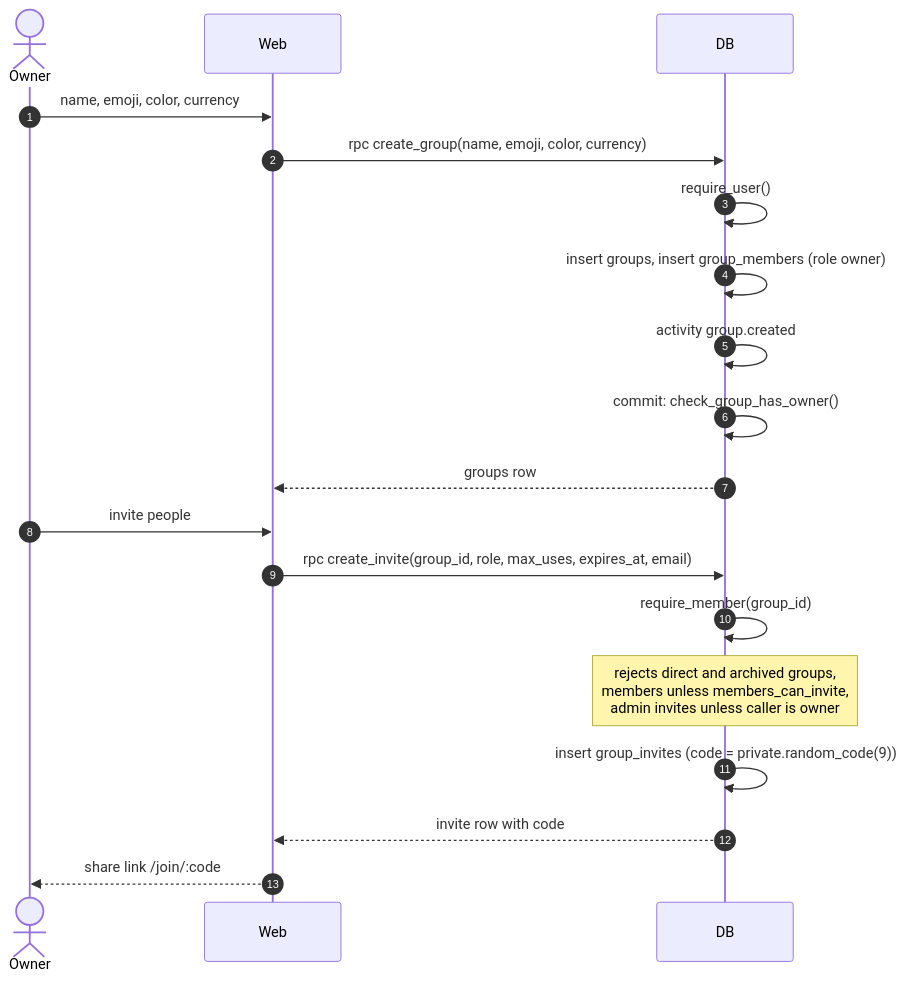
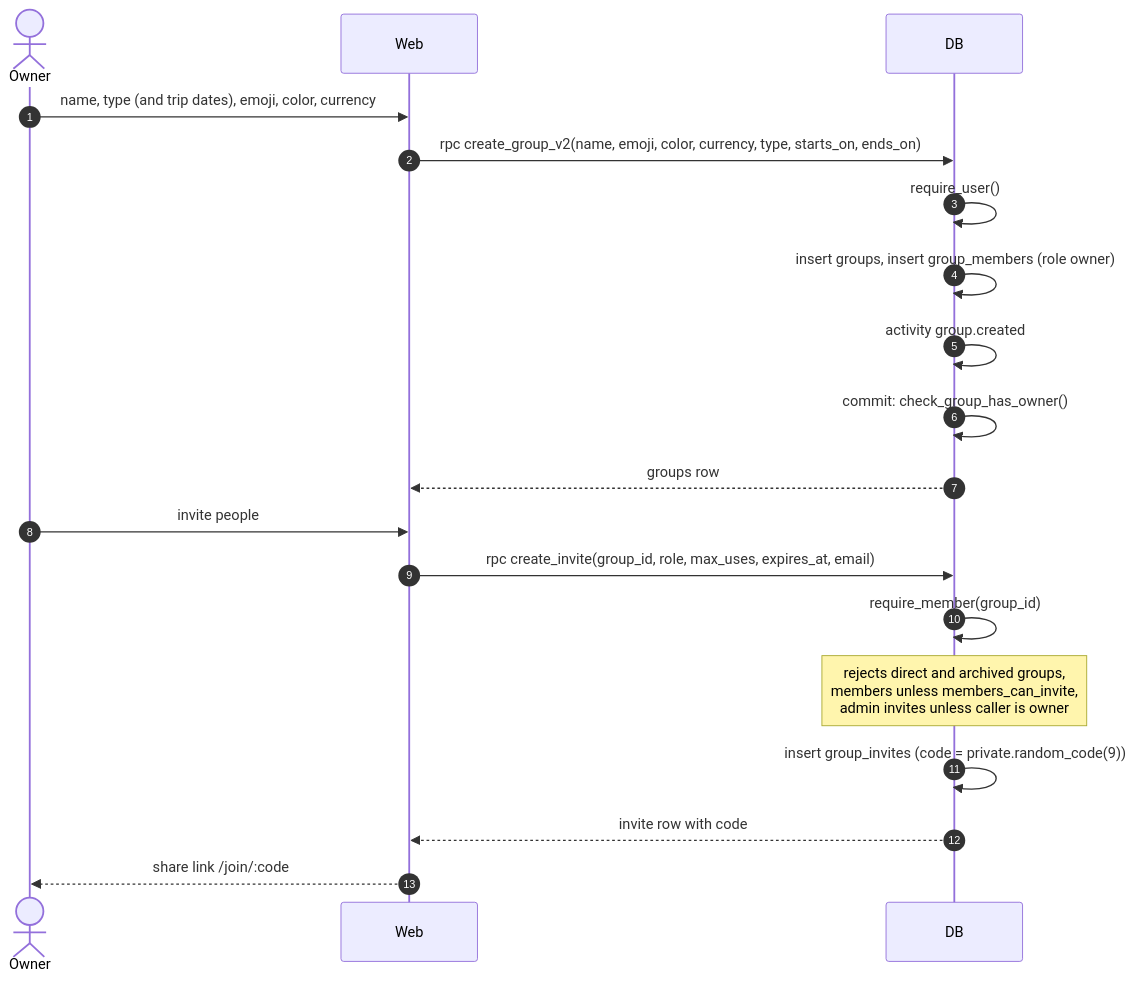
The second of 25 diagrams in docs/sequences.md (Fermulate/potluck), drawn with Mermaid before and after one commit. The commit also changed other lines of this file and 7 other files, not shown here.

Commit message:
docs: adr 20, sequences, testing, parity rows and agents notes

````diff
--- a/docs/sequences.md
+++ b/docs/sequences.md
@@ -73,23 +75,23 @@
 ```mermaid
 sequenceDiagram
   autonumber
   actor O as Owner
   participant W as Web
   participant DB as DB
 
-  O->>W: name, emoji, color, currency
-  W->>DB: rpc create_group(name, emoji, color, currency)
+  O->>W: name, type (and trip dates), emoji, color, currency
+  W->>DB: rpc create_group_v2(name, emoji, color, currency, type, starts_on, ends_on)
   DB->>DB: require_user()
   DB->>DB: insert groups, insert group_members (role owner)
   DB->>DB: activity group.created
   DB->>DB: commit: check_group_has_owner()
   DB-->>W: groups row
 
   O->>W: invite people
   W->>DB: rpc create_invite(group_id, role, max_uses, expires_at, email)
   DB->>DB: require_member(group_id)
   Note over DB: rejects direct and archived groups,<br/>members unless members_can_invite,<br/>admin invites unless caller is owner
   DB->>DB: insert group_invites (code = private.random_code(9))
   DB-->>W: invite row with code
   W-->>O: share link /join/:code
 ```
````
